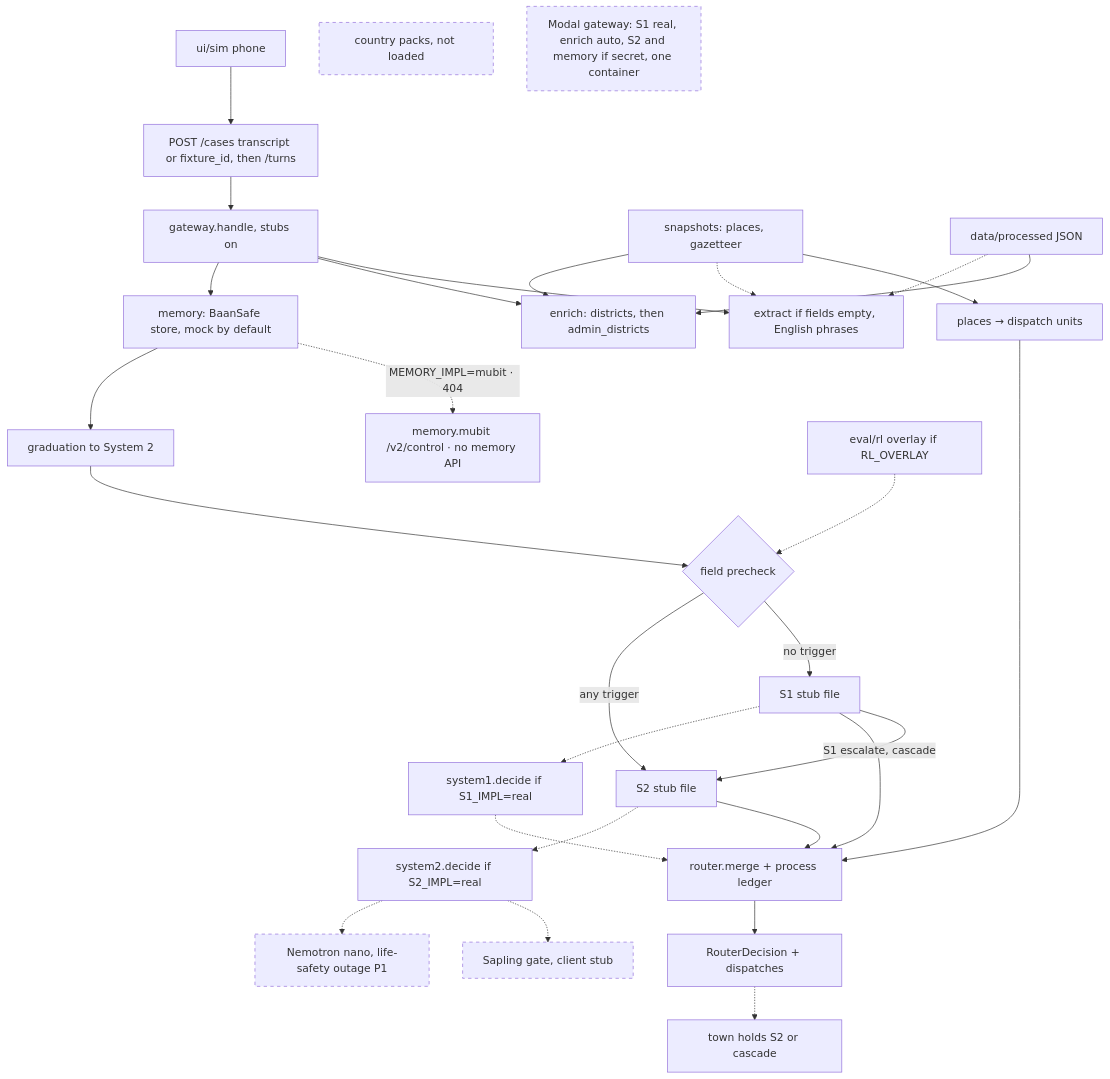
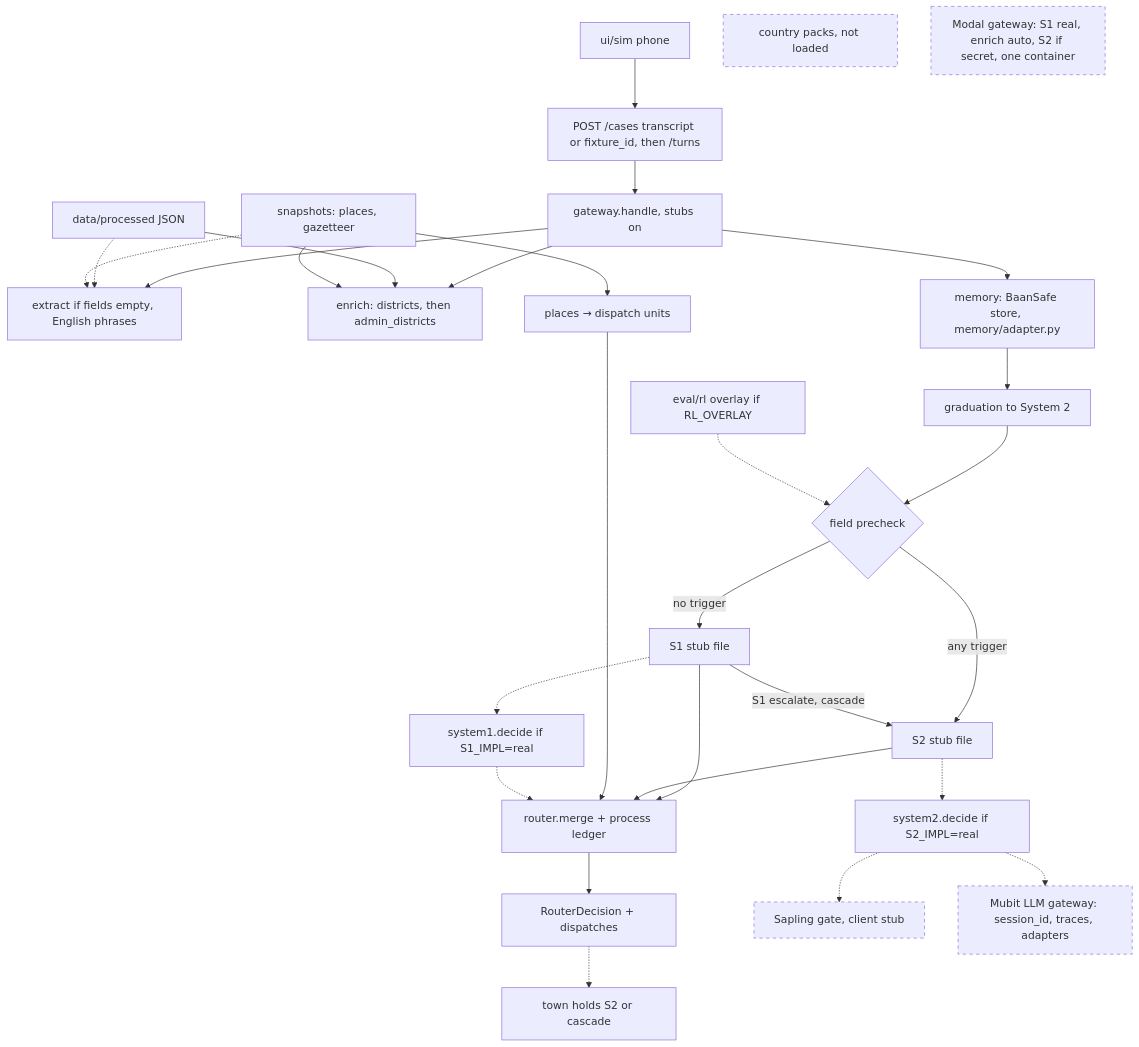
One commit to melaniepreen/Baan-Safe changed the first of 3 diagrams in BaanSafe_Revised_Architecture.md. Above: the diagram before and after it, drawn with Mermaid. The commit also changed other lines of this file and 2 other files, not shown here.

Commit message:
docs: refresh architecture diagram (5f903d2)

````diff
--- a/BaanSafe_Revised_Architecture.md
+++ b/BaanSafe_Revised_Architecture.md
@@ -20,33 +20,32 @@
 ```mermaid
 flowchart TD
   classDef unwired stroke-dasharray: 5 5
   phone["ui/sim phone"] --> turns["POST /cases transcript or fixture_id, then /turns"]
   turns --> gw["gateway.handle, stubs on"]
   gw --> extract["extract if fields empty, English phrases"]
   gw --> enrich["enrich: districts, then admin_districts"]
-  gw --> mem["memory: BaanSafe store, mock by default"]
-  mem -.->|"MEMORY_IMPL=mubit · 404"| mm["memory.mubit /v2/control · no memory API"]
+  gw --> mem["memory: BaanSafe store, memory/adapter.py"]
   mem --> grad["graduation to System 2"]
   grad --> pick{"field precheck"}
   pick -->|no trigger| s1["S1 stub file"]
   pick -->|any trigger| s2["S2 stub file"]
   s1 -->|"S1 escalate, cascade"| s2
   ov["eval/rl overlay if RL_OVERLAY"] -.-> pick
   s1 --> merge["router.merge + process ledger"]
   s2 --> merge
   snap["snapshots: places, gazetteer"] --> places["places → dispatch units"]
   places --> merge
   proc["data/processed JSON"] --> enrich
   proc -.-> extract
   snap -.-> extract
   snap --> enrich
   merge --> out["RouterDecision + dispatches"]
   out -.-> hold["town holds S2 or cascade"]
   s1 -.-> rules["system1.decide if S1_IMPL=real"]
   rules -.-> merge
   s2 -.-> s2d["system2.decide if S2_IMPL=real"]
   s2d -.-> sap["Sapling gate, client stub"]:::unwired
-  s2d -.-> llm["Nemotron nano, life-safety outage P1"]:::unwired
+  s2d -.-> llm["Mubit LLM gateway: session_id, traces, adapters"]:::unwired
   packs["country packs, not loaded"]:::unwired
-  modal["Modal gateway: S1 real, enrich auto, S2 and memory if secret, one container"]:::unwired
+  modal["Modal gateway: S1 real, enrich auto, S2 if secret, one container"]:::unwired
 ```
````
